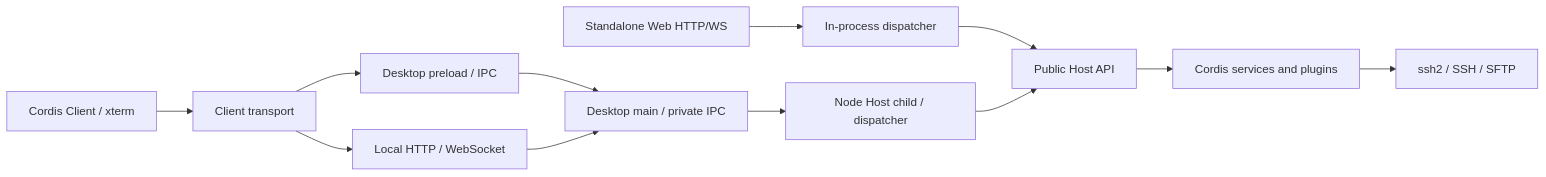
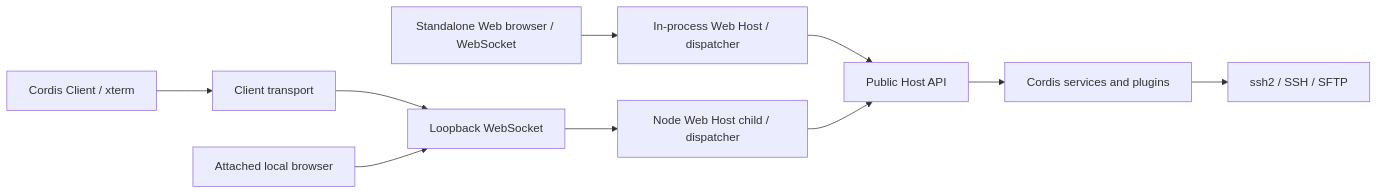
Before and after one commit to puremixai/pureterm: the diagram in docs/architecture.md, drawn with Mermaid. The commit also changed other lines of this file and 61 other files, not shown here.

Commit message:
refactor: align desktop with shared Web Host

````diff
--- a/docs/architecture.md
+++ b/docs/architecture.md
@@ -20,14 +20,12 @@
 ```mermaid
 flowchart LR
   U[Cordis Client / xterm] --> T[Client transport]
-  T --> P[Desktop preload / IPC]
-  T --> W[Local HTTP / WebSocket]
-  P --> R[Desktop main / private IPC]
-  W --> R
-  R --> D[Node Host child / dispatcher]
-  W2[Standalone Web HTTP/WS] --> D2[In-process dispatcher]
-  D2 --> H
-  D --> H[Public Host API]
+  T --> W[Loopback WebSocket]
+  W --> D[Node Web Host child / dispatcher]
+  B[Attached local browser] --> W
+  W2[Standalone Web browser / WebSocket] --> D2[In-process Web Host / dispatcher]
+  D2 --> H[Public Host API]
+  D --> H
   H --> C[Cordis services and plugins]
   C --> S[ssh2 / SSH / SFTP]
 ```
````
